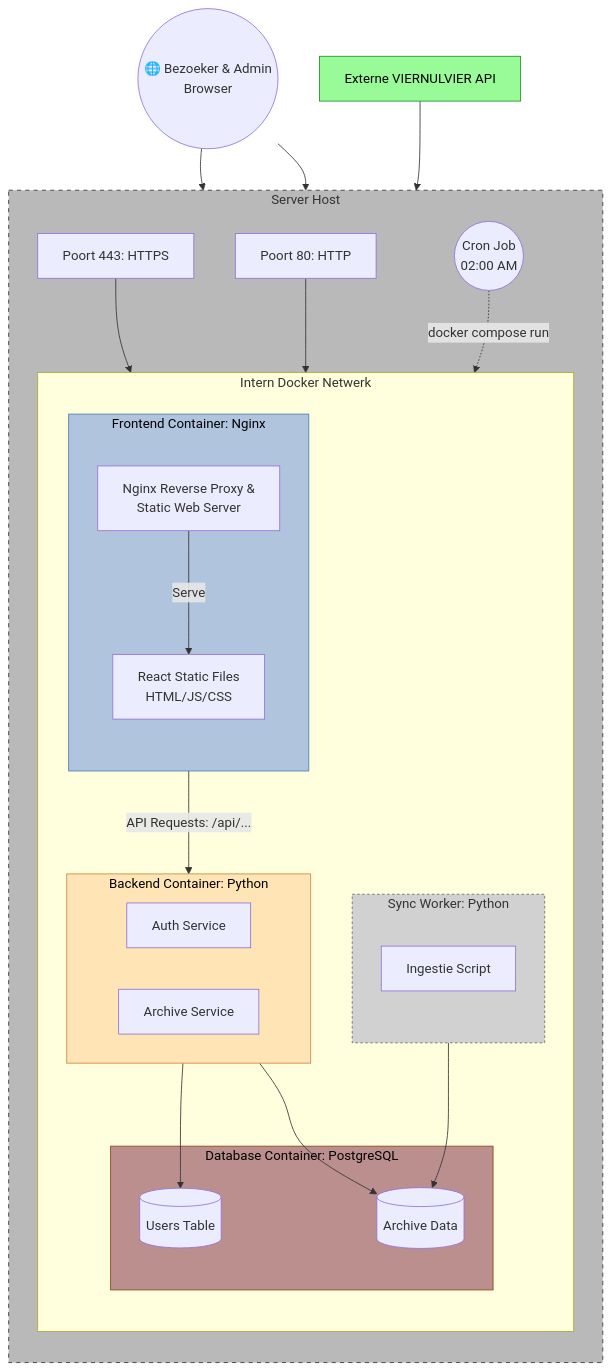
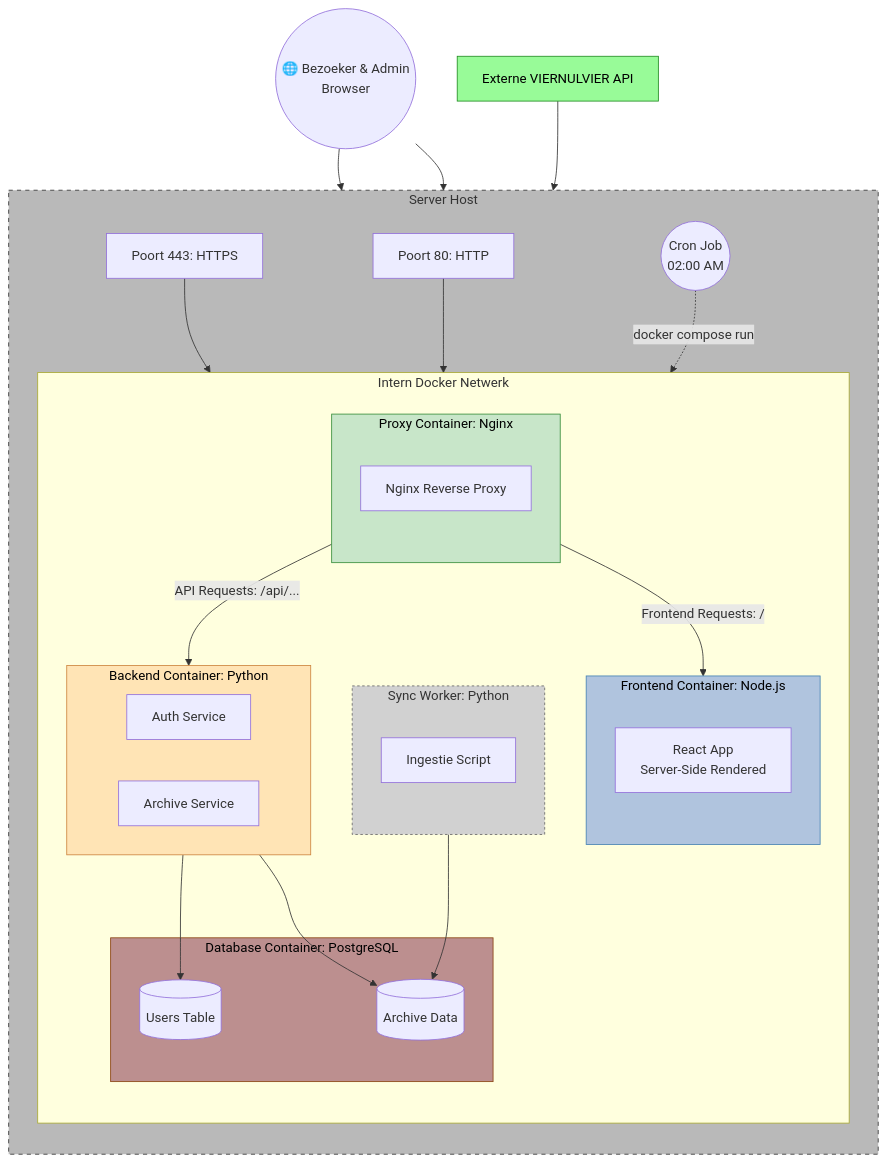
One commit to SELab-2/viernulvier-3 changed the diagram in docs/architecture.md. Above: the diagram before and after it, drawn with Mermaid. The commit also changed other lines of this file, not shown here.

Commit message:
Update architecture documentation to reflect Four-Tier Architecture and clarify component roles

````diff
--- a/docs/architecture.md
+++ b/docs/architecture.md
@@ -15,65 +16,70 @@
 ```mermaid
 graph TD
     User((🌐 Bezoeker & Admin <br/> Browser))
     ExternalAPI[Externe VIERNULVIER API]
-    
+
     subgraph Host_Server [Server Host]
         direction TB
         Port443[Poort 443: HTTPS]
         Port80[Poort 80: HTTP]
         Cron((Cron Job <br/> 02:00 AM))
 
         subgraph Docker_Network [Intern Docker Netwerk]
             direction TB
-            
-            subgraph Frontend_Container [Frontend Container: Nginx]
+
+            subgraph Proxy_Container [Proxy Container: Nginx]
                 direction TB
-                Proxy[Nginx Reverse Proxy & <br/> Static Web Server]
-                Static[React Static Files <br/> HTML/JS/CSS]
+                Proxy[Nginx Reverse Proxy]
+            end
+
+            subgraph Frontend_Container [Frontend Container: Node.js]
+                direction TB
+                ReactApp[React App <br/> Server-Side Rendered]
             end
 
             subgraph Backend_Container [Backend Container: Python]
                 direction LR
                 Auth[Auth Service]
                 Archive[Archive Service]
             end
 
             subgraph Sync_Worker [Sync Worker: Python]
                 direction TB
                 Ingest[Ingestie Script]
             end
 
             subgraph DB_Container [Database Container: PostgreSQL]
                 UsersTable[(Users Table)]
                 ArchiveData[(Archive Data)]
             end
         end
     end
 
     %% Flow van verkeer
     User --> Port443
     User --> Port80
-    
+
     Port443 --> Proxy
     Port80 --> Proxy
 
-    Proxy -- "Serve" --> Static
+    Proxy -- "Frontend Requests: /" --> ReactApp
     Proxy -- "API Requests: /api/..." --> Backend_Container
-    
+
     %% Sync Flow
     ExternalAPI --> Ingest
     Cron -. "docker compose run" .-> Sync_Worker
     Ingest --> ArchiveData
 
     %% DB Connections
     Auth --> UsersTable
     Archive --> ArchiveData
 
     %% Styling
     style Host_Server fill:#b9b9b9,stroke:#333,stroke-dasharray: 5 5
+    style Proxy_Container fill:#c8e6c9,stroke:#388e3c,color:#000
     style Frontend_Container fill:#b0c4de,stroke:#4682b4,color:#000
     style Backend_Container fill:#ffe4b5,stroke:#cd853f,color:#000
     style DB_Container fill:#bc8f8f,stroke:#8b4513,color:#000
     style Sync_Worker fill:#d1d1d1,stroke:#666,stroke-dasharray: 3 3
     style ExternalAPI fill:#98fb98,stroke:#228b22,color:#000
 ```
````
